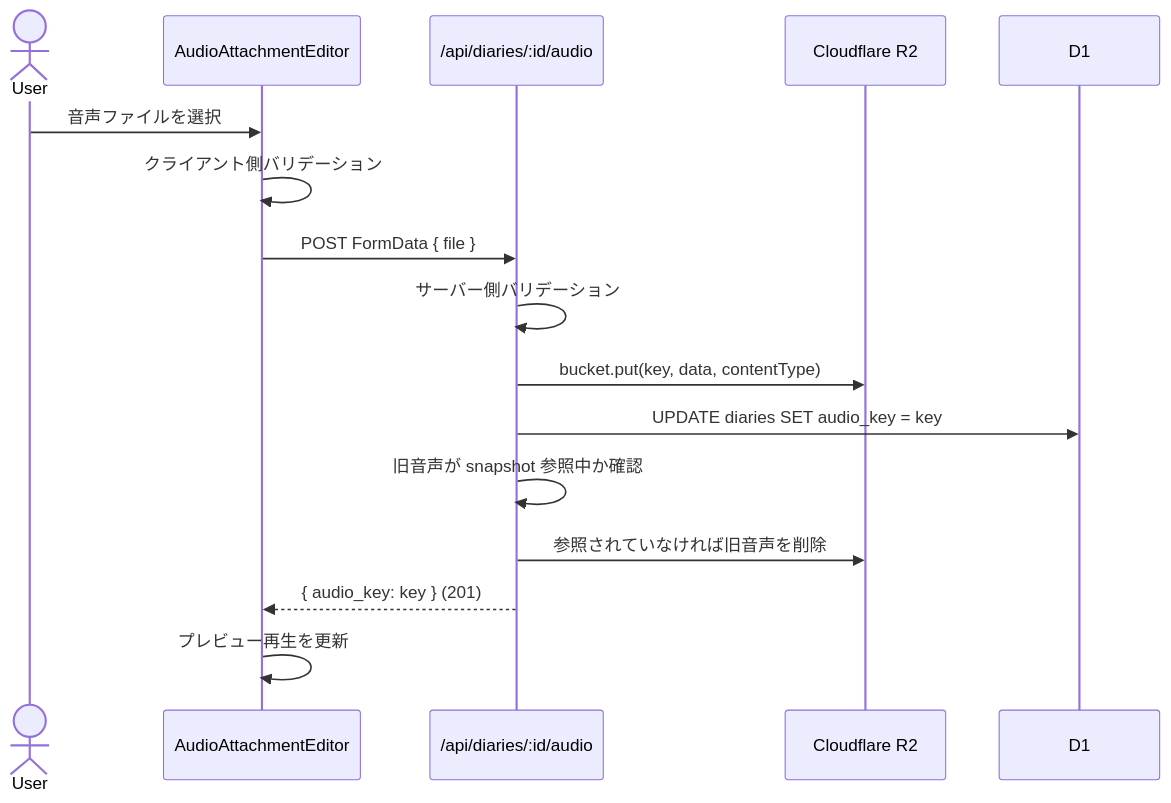
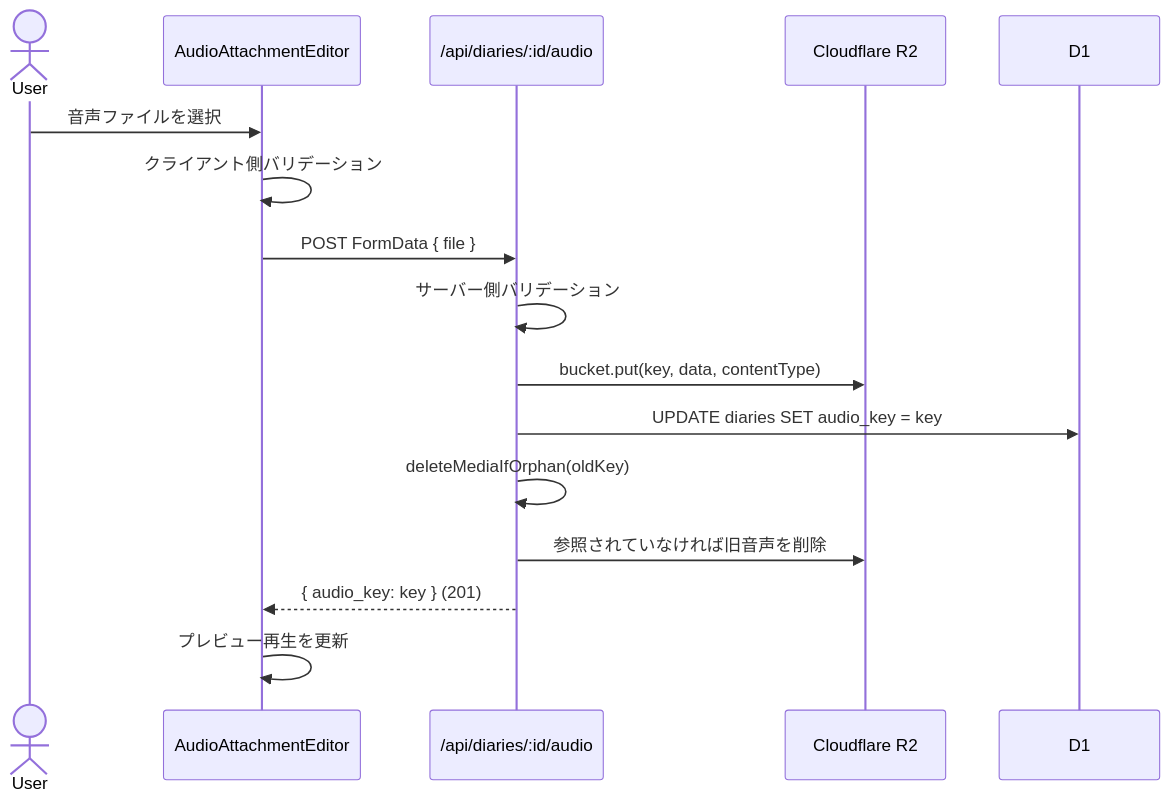
The first of 5 diagrams in docs/architecture/audio.md (shimabox/400-diary), drawn with Mermaid before and after one commit. The commit also changed other lines of this file and 4 other files, not shown here.

Commit message:
architecture docsを現行実装に揃える (#45)

````diff
--- a/docs/architecture/audio.md
+++ b/docs/architecture/audio.md
@@ -65,19 +65,19 @@
 ```mermaid
 sequenceDiagram
     actor User
     participant AudioEditor as AudioAttachmentEditor
     participant API as /api/diaries/:id/audio
     participant R2 as Cloudflare R2
     participant DB as D1
 
     User->>AudioEditor: 音声ファイルを選択
     AudioEditor->>AudioEditor: クライアント側バリデーション
     AudioEditor->>API: POST FormData { file }
     API->>API: サーバー側バリデーション
     API->>R2: bucket.put(key, data, contentType)
     API->>DB: UPDATE diaries SET audio_key = key
-    API->>API: 旧音声が snapshot 参照中か確認
+    API->>API: deleteMediaIfOrphan(oldKey)
     API->>R2: 参照されていなければ旧音声を削除
     API-->>AudioEditor: { audio_key: key } (201)
     AudioEditor->>AudioEditor: プレビュー再生を更新
 ```
````
